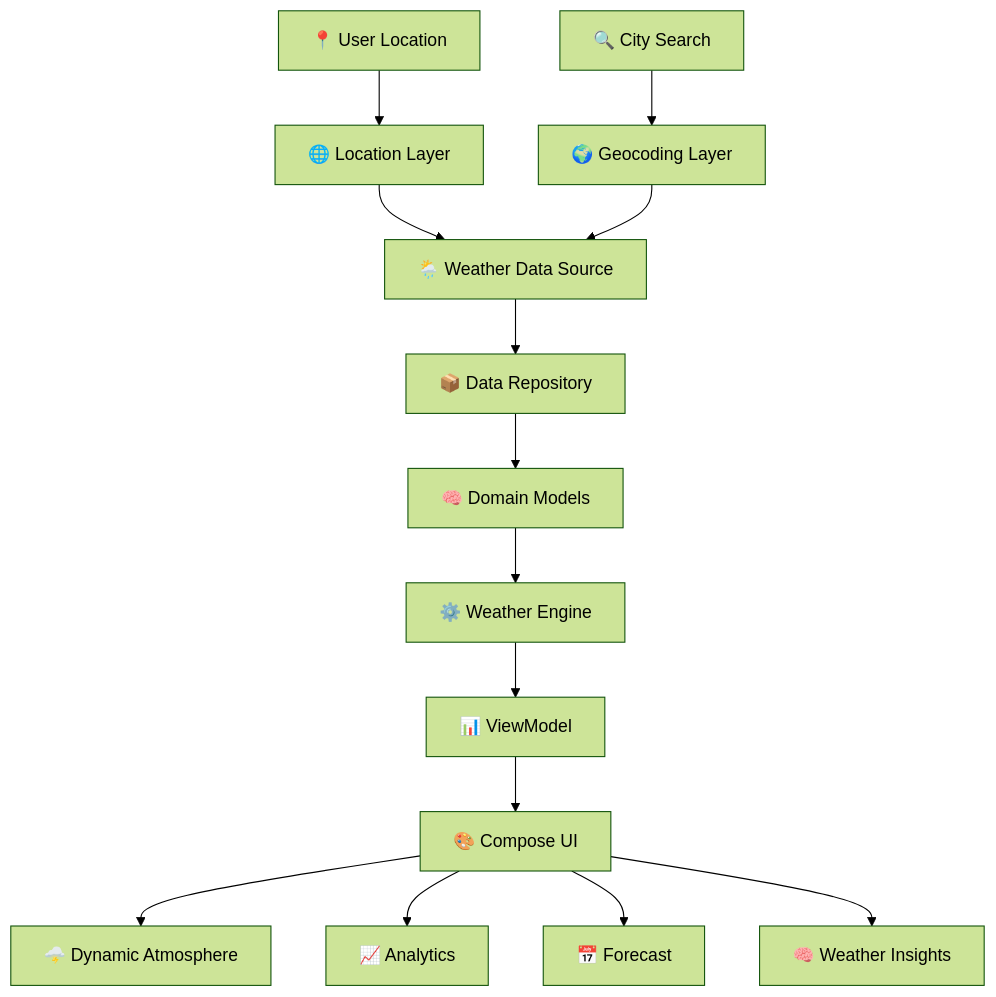
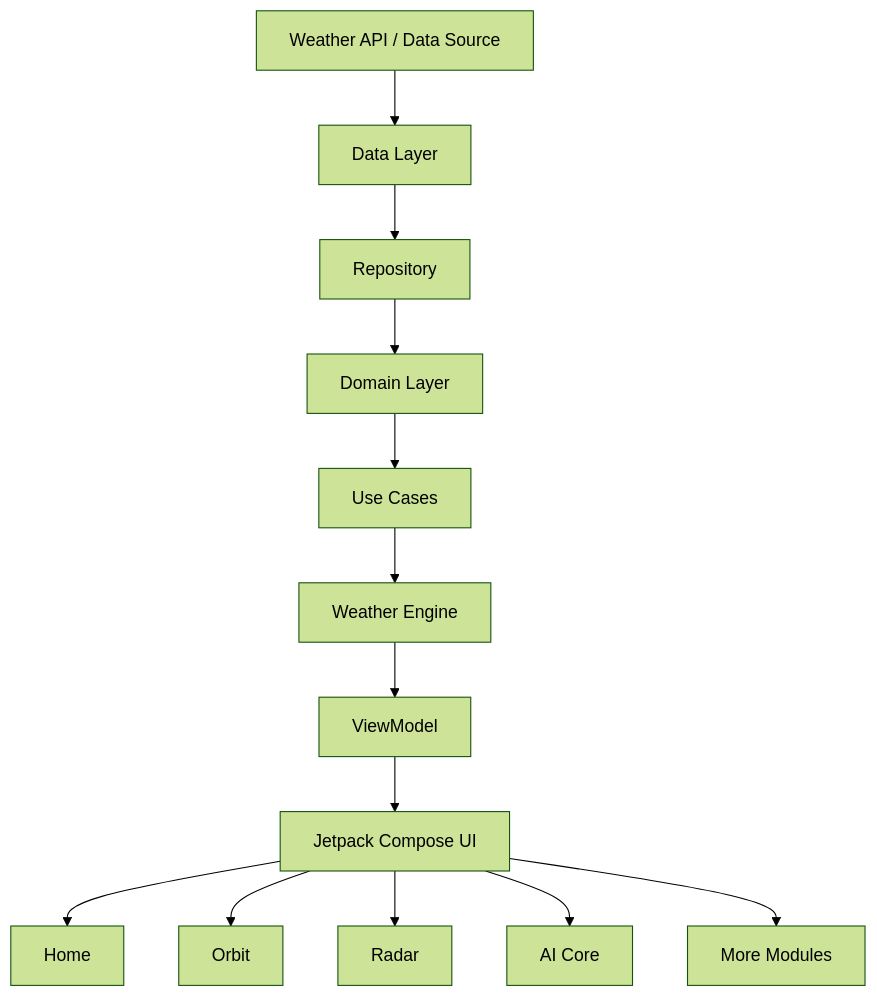
The second of 3 diagrams in README.md (sovanshit/Weather-OS), drawn with Mermaid (forest theme) before and after one commit. The commit also changed other lines of this file, not shown here.

````diff
--- a/README.md
+++ b/README.md
@@ -559,28 +507,29 @@
 ```mermaid
-flowchart TD
+graph TD
 
-A[📍 User Location]
+A[Weather API / Data Source]
 
-B[🔍 City Search]
+A --> B[Data Layer]
 
-A --> C[🌐 Location Layer]
-B --> D[🌍 Geocoding Layer]
+B --> C[Repository]
 
-C --> E[🌦️ Weather Data Source]
-D --> E
+C --> D[Domain Layer]
 
-E --> F[📦 Data Repository]
+D --> E[Use Cases]
 
-F --> G[🧠 Domain Models]
+E --> F[Weather Engine]
 
-G --> H[⚙️ Weather Engine]
+F --> G[ViewModel]
 
-H --> I[📊 ViewModel]
+G --> H[Jetpack Compose UI]
 
-I --> J[🎨 Compose UI]
+H --> I[Home]
 
-J --> K[🌩️ Dynamic Atmosphere]
-J --> L[📈 Analytics]
-J --> M[📅 Forecast]
-J --> N[🧠 Weather Insights]
+H --> J[Orbit]
+
+H --> K[Radar]
+
+H --> L[AI Core]
+
+H --> M[More Modules]
 ```
````
